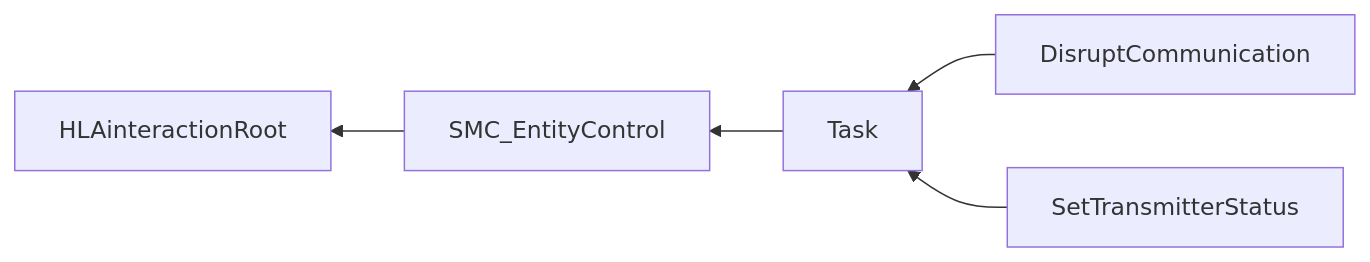
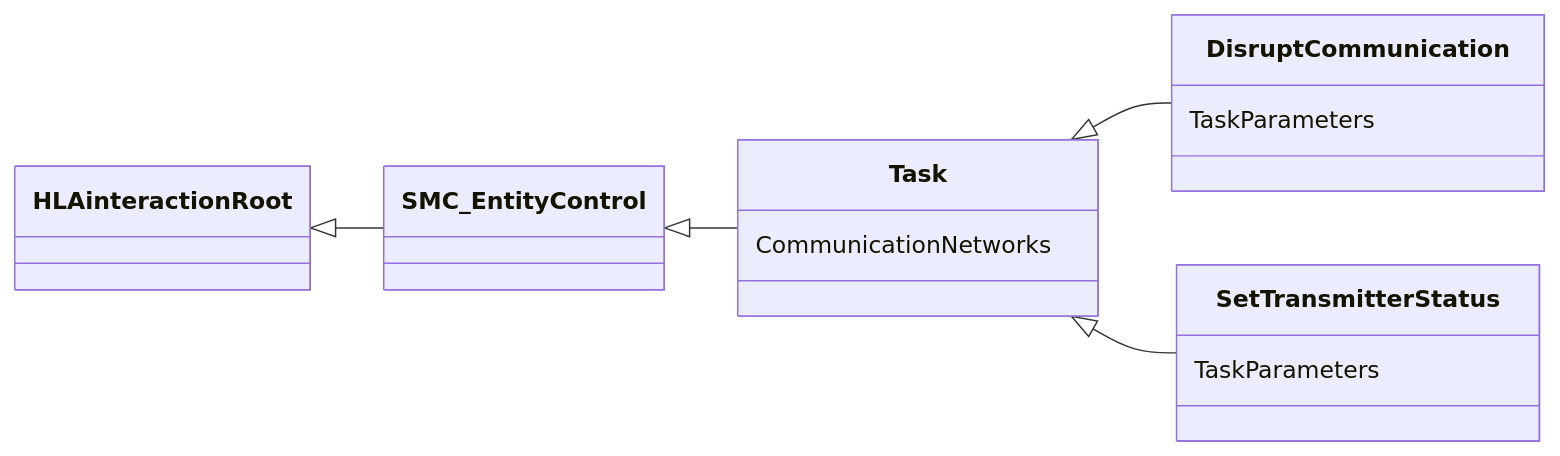
The second of 2 diagrams in NETN-COM.md (AMSP-04/NETN-COM), drawn with Mermaid before and after one commit. The commit also changed other lines of this file, not shown here.

````diff
--- a/NETN-COM.md
+++ b/NETN-COM.md
@@ -157,7 +180,11 @@
 ```mermaid
-graph RL
-SMC_EntityControl-->HLAinteractionRoot
-Task-->SMC_EntityControl
-DisruptCommunication-->Task
-SetTransmitterStatus-->Task
+classDiagram 
+direction LR
+HLAinteractionRoot <|-- SMC_EntityControl
+SMC_EntityControl <|-- Task
+Task <|-- DisruptCommunication
+Task <|-- SetTransmitterStatus
+Task : CommunicationNetworks
+DisruptCommunication : TaskParameters
+SetTransmitterStatus : TaskParameters
 ```
````
